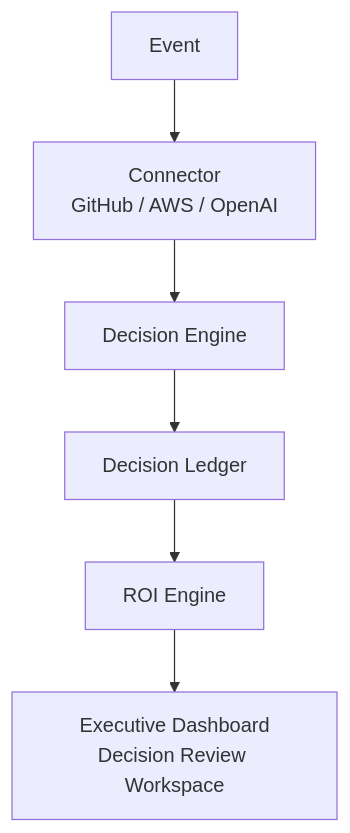
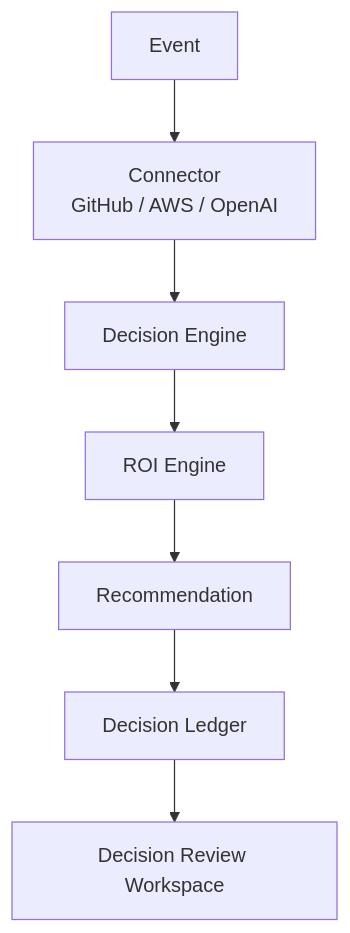
One commit to Dmillan-dev/ImperatorProyect changed the fifth of 12 diagrams in docs/product/23_IMPERATOR_Visual_Operational_Explainer.md. Above: the diagram before and after it, drawn with Mermaid. The commit also changed other lines of this file and 32 other files, not shown here.

````diff
--- a/docs/product/23_IMPERATOR_Visual_Operational_Explainer.md
+++ b/docs/product/23_IMPERATOR_Visual_Operational_Explainer.md
@@ -155,8 +161,9 @@
 ```mermaid
 flowchart TD
     EVT[Event] --> CON[Connector<br/>GitHub / AWS / OpenAI]
     CON --> DE[Decision Engine]
-    DE --> LEDGER[Decision Ledger]
-    LEDGER --> ROI[ROI Engine]
-    ROI --> DASH[Executive Dashboard<br/>Decision Review Workspace]
+    DE --> ROI[ROI Engine]
+    ROI --> REC[Recommendation]
+    REC --> LEDGER[Decision Ledger]
+    LEDGER --> DASH[Decision Review Workspace]
 ```
````
